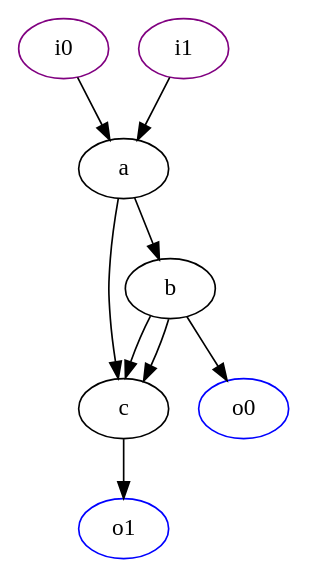
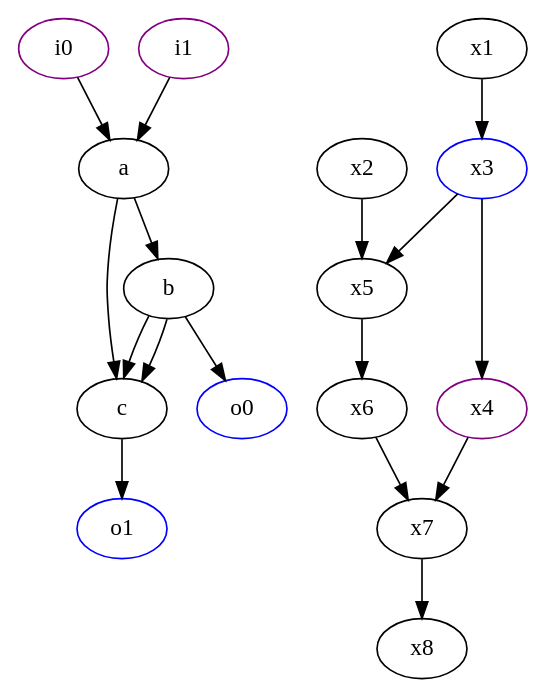
One commit to LSCRSL/Graph changed the diagram in graph.dot. Above: the diagram before and after it, drawn with Graphviz. The commit also changed 4 other files, not shown here.

```diff
--- a/graph.dot
+++ b/graph.dot
@@ -1,17 +1,33 @@
 digraph G{
-0 [label=a, color=black];
-1 [label=b, color=black];
-2 [label=c, color=black];
-3 [label=i0, color=purple];
-4 [label=i1, color=purple];
-5 [label=o0, color=blue];
-6 [label=o1, color=blue];
+21 [label=a, color=black];
+22 [label=b, color=black];
+23 [label=c, color=black];
+24 [label=i0, color=purple];
+25 [label=i1, color=purple];
+26 [label=o0, color=blue];
+27 [label=o1, color=blue];
+0 [label=x3, color=blue];
+1 [label=x4, color=purple];
+2 [label=x5, color=black];
+3 [label=x6, color=black];
+4 [label=x7, color=black];
+10 [label=x1, color=black];
+11 [label=x2, color=black];
+20 [label=x8, color=black];
+21 -> 22;
+21 -> 23;
+22 -> 23;
+22 -> 23;
+22 -> 26;
+23 -> 27;
+24 -> 21;
+25 -> 21;
 0 -> 1;
 0 -> 2;
-1 -> 2;
-1 -> 2;
-1 -> 5;
-2 -> 6;
-3 -> 0;
-4 -> 0;
+1 -> 4;
+2 -> 3;
+3 -> 4;
+4 -> 20;
+10 -> 0;
+11 -> 2;
 }
```
